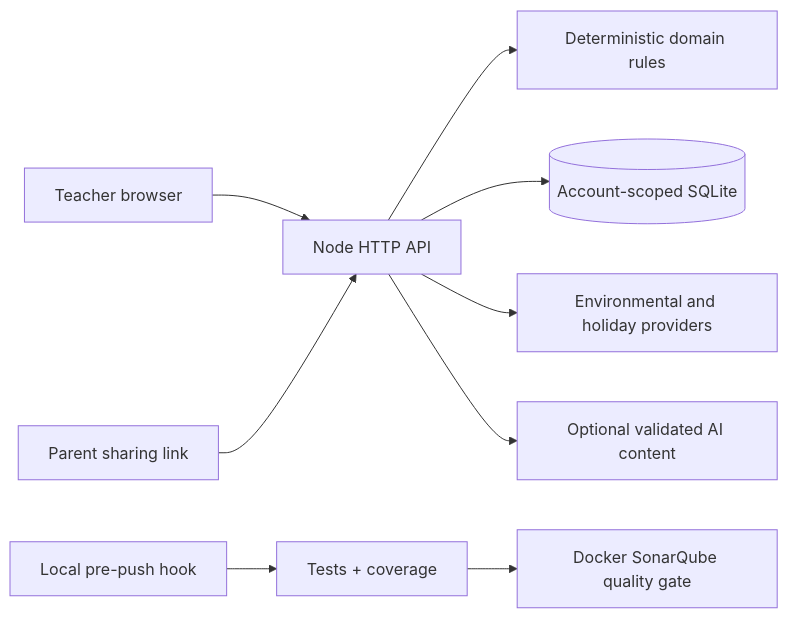
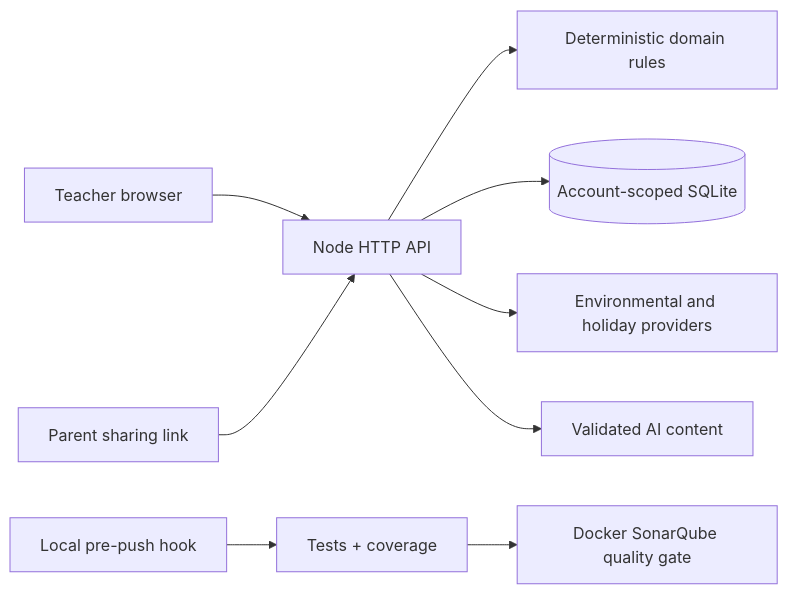
Before and after one commit to Pipzzter/nedelko: the second of 2 diagrams in README.md, drawn with Mermaid. The commit also changed other lines of this file and 2 other files, not shown here.

````diff
--- a/README.md
+++ b/README.md
@@ -109,11 +210,11 @@
 ```mermaid
 flowchart LR
     Teacher[Teacher browser] --> HTTP[Node HTTP API]
     Parent[Parent sharing link] --> HTTP
     HTTP --> Domain[Deterministic domain rules]
     HTTP --> SQLite[(Account-scoped SQLite)]
     HTTP --> Providers[Environmental and holiday providers]
-    HTTP --> AI[Optional validated AI content]
+    HTTP --> AI[Validated AI content]
     Push[Local pre-push hook] --> Tests[Tests + coverage]
     Tests --> Sonar[Docker SonarQube quality gate]
 ```
````
